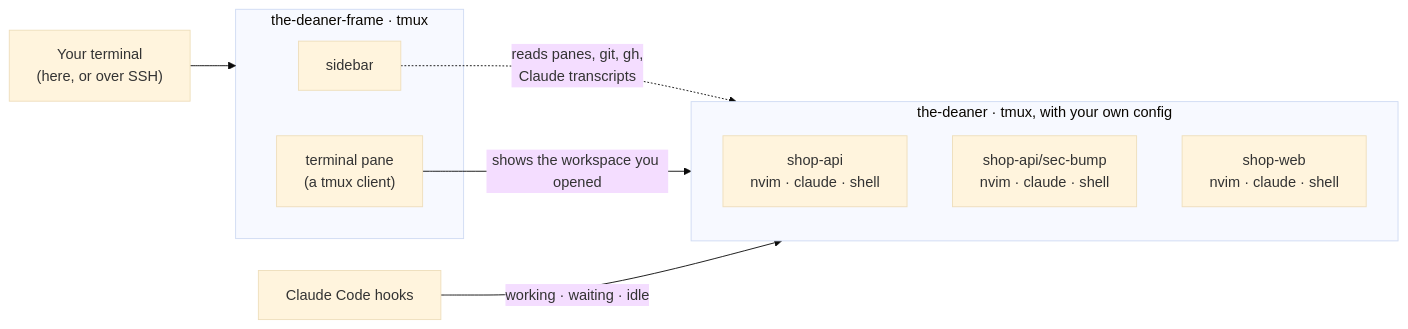
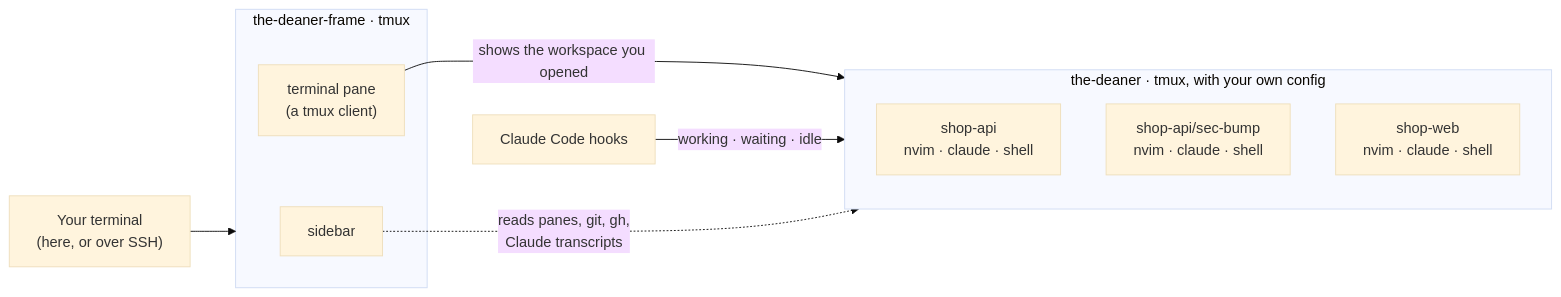
Before and after one commit to sean-d/the-deaner: the diagram in README.md, drawn with Mermaid (base theme). The commit also changed other lines of this file and 16 other files, not shown here.

````diff
--- a/README.md
+++ b/README.md
@@ -175,16 +175,17 @@
 ```mermaid
 flowchart LR
     you["Your terminal<br/>(here, or over SSH)"] --> frame
     subgraph frame["the-deaner-frame · tmux"]
         sidebar["sidebar"]
         pane["terminal pane<br/>(a tmux client)"]
     end
     pane -- "shows the workspace you opened" --> work
     subgraph work["the-deaner · tmux, with your own config"]
         api["shop-api<br/>nvim · claude · shell"]
         sec["shop-api/sec-bump<br/>nvim · claude · shell"]
         web["shop-web<br/>nvim · claude · shell"]
     end
     hooks["Claude Code hooks"] -- "working · waiting · idle" --> work
     sidebar -. "reads panes, git, gh,<br/>Claude transcripts" .-> work
+    pane ~~~ hooks
 ```
````
